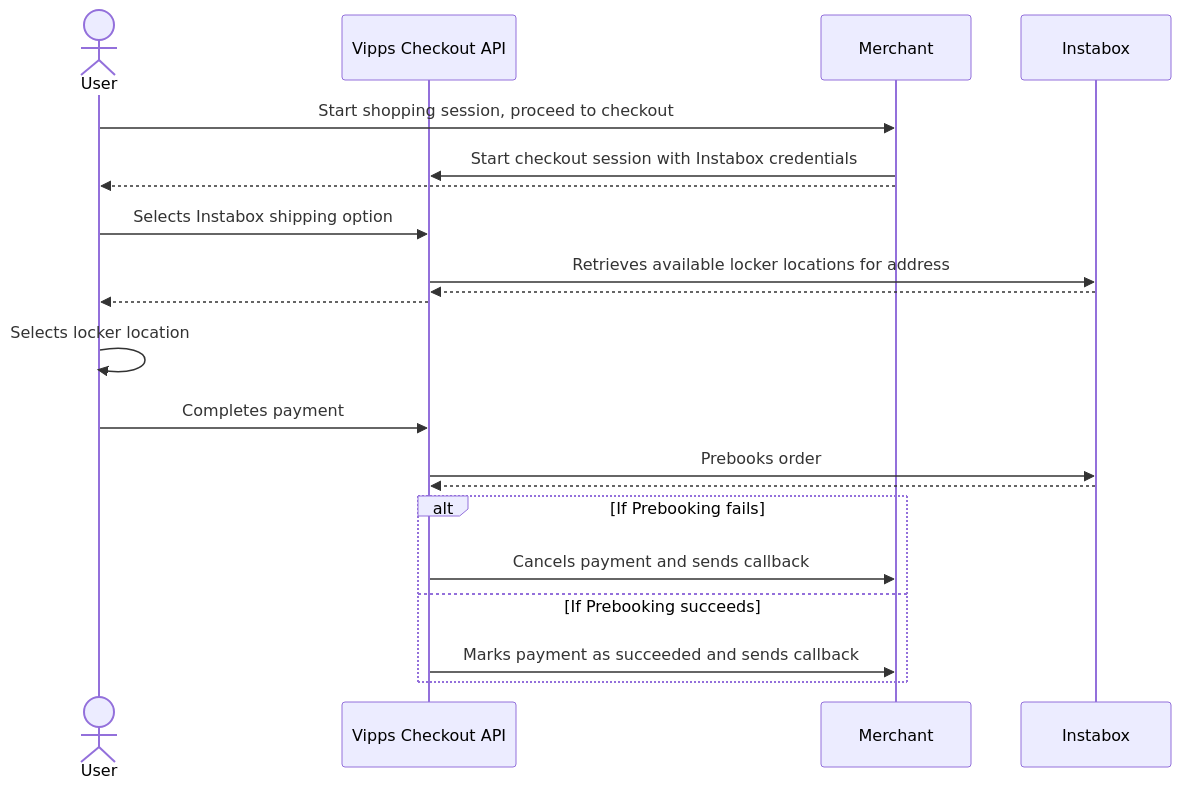
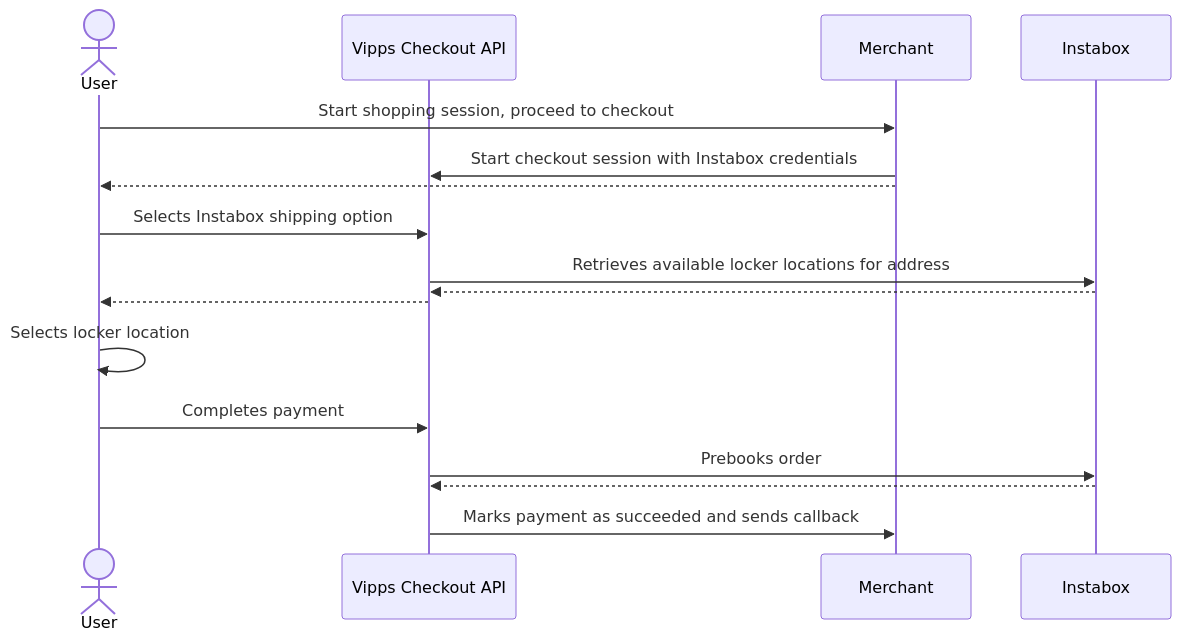
The second of 3 diagrams in vipps-checkout-api.md (vippsas/vipps-checkout), drawn with Mermaid before and after one commit. The commit also changed other lines of this file, not shown here.

````diff
--- a/vipps-checkout-api.md
+++ b/vipps-checkout-api.md
@@ -143,25 +145,20 @@
 ```mermaid
 sequenceDiagram
   actor User
   participant API as Vipps Checkout API
   participant Merchant
   participant Instabox
 
   User->>Merchant: Start shopping session, proceed to checkout
   Merchant->>API: Start checkout session with Instabox credentials
   Merchant-->>User:
   User->>API: Selects Instabox shipping option
   API->>Instabox: Retrieves available locker locations for address
   Instabox-->>API:
   API-->>User:
   User->>User: Selects locker location
   User->>API: Completes payment
   API->>Instabox: Prebooks order
   Instabox-->>API:
-
-  alt If Prebooking fails
-    API->>Merchant: Cancels payment and sends callback
-  else If Prebooking succeeds
-    API->>Merchant: Marks payment as succeeded and sends callback
-  end
+  API->>Merchant: Marks payment as succeeded and sends callback
 ```
````
